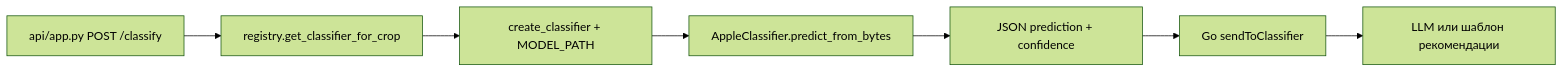
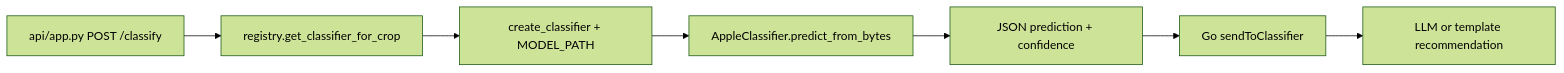
Before and after one commit to kantik001/grounded_horticulture_en: the diagram in docs/knowledge-base/cv-apple_classifier.md, drawn with Mermaid (forest theme). The commit also changed other lines of this file and 189 other files, not shown here.

````diff
--- a/docs/knowledge-base/cv-apple_classifier.md
+++ b/docs/knowledge-base/cv-apple_classifier.md
@@ -177,9 +177,9 @@
 ```mermaid
 flowchart LR
     A[api/app.py POST /classify] --> B[registry.get_classifier_for_crop]
     B --> C[create_classifier + MODEL_PATH]
     C --> D[AppleClassifier.predict_from_bytes]
     D --> E[JSON prediction + confidence]
     E --> F[Go sendToClassifier]
-    F --> G[LLM или шаблон рекомендации]
+    F --> G[LLM or template recommendation]
 ```
````
